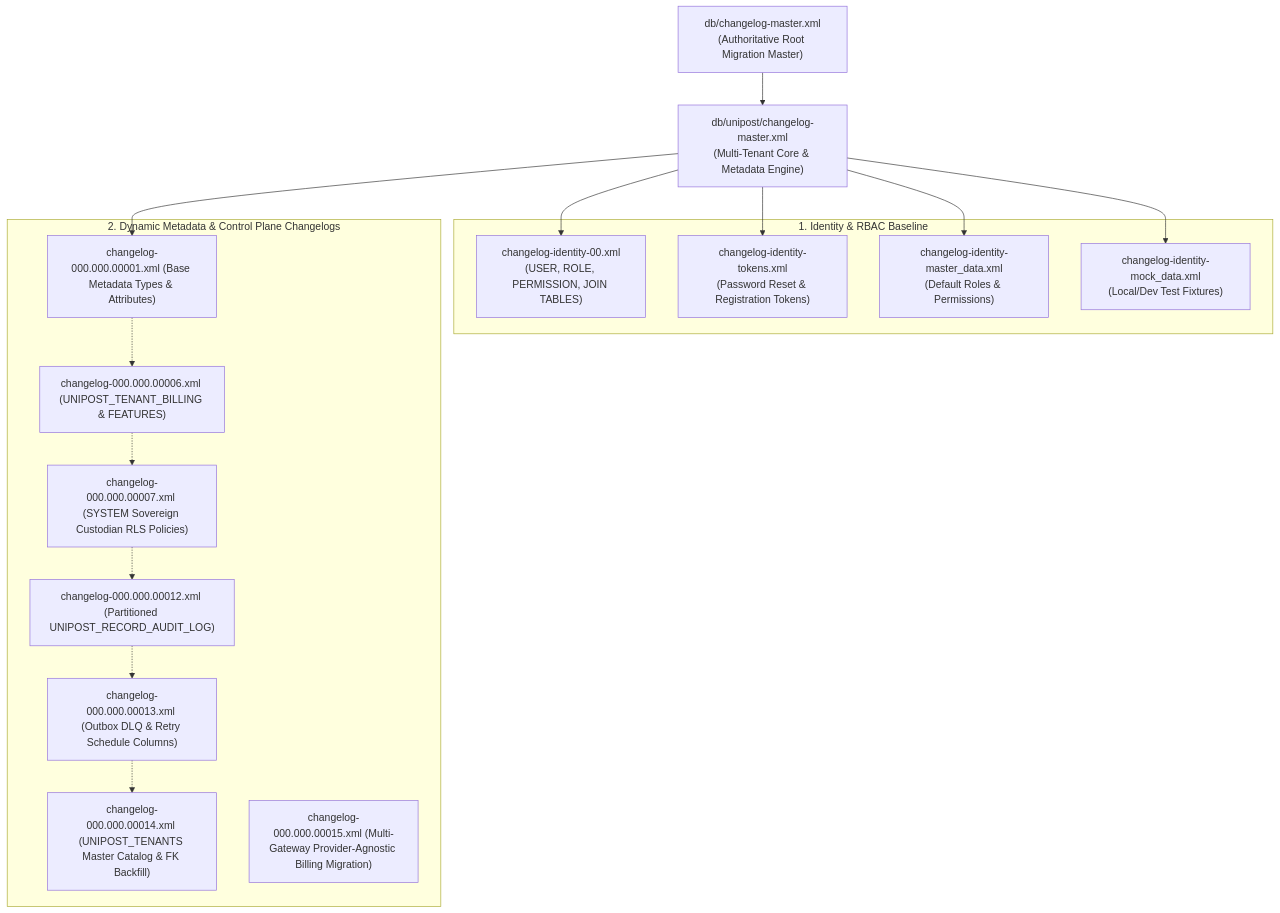
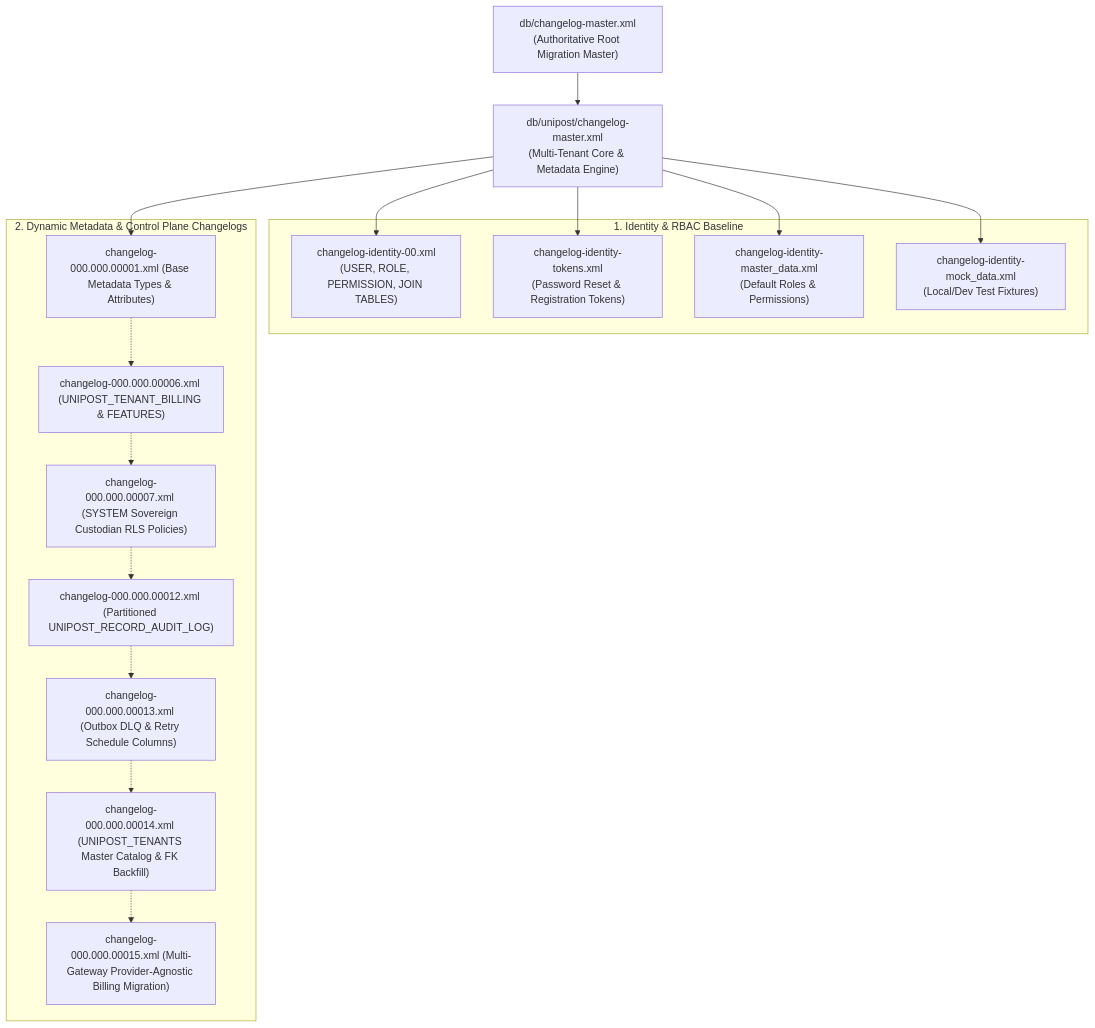
The eighth of 8 diagrams in docs/master_database_schema_architecture.md (tamanle23/acc), drawn with Mermaid before and after one commit. The commit also changed other lines of this file, not shown here.

First line of the commit message:
docs(persistence): refine markdown structural hierarchy in master database architecture

````diff
--- a/docs/master_database_schema_architecture.md
+++ b/docs/master_database_schema_architecture.md
@@ -831,34 +833,35 @@
 ```mermaid
 graph TD
     Master["db/changelog-master.xml\n(Authoritative Root Migration Master)"]
     UnipostMaster["db/unipost/changelog-master.xml\n(Multi-Tenant Core & Metadata Engine)"]
 
     subgraph IdentityBaseline ["1. Identity & RBAC Baseline"]
         ID00["changelog-identity-00.xml\n(USER, ROLE, PERMISSION, JOIN TABLES)"]
         IDTokens["changelog-identity-tokens.xml\n(Password Reset & Registration Tokens)"]
         IDMaster["changelog-identity-master_data.xml\n(Default Roles & Permissions)"]
         IDMock["changelog-identity-mock_data.xml\n(Local/Dev Test Fixtures)"]
     end
 
     subgraph CoreIncremental ["2. Dynamic Metadata & Control Plane Changelogs"]
         C01["changelog-000.000.00001.xml (Base Metadata Types & Attributes)"]
         C06["changelog-000.000.00006.xml (UNIPOST_TENANT_BILLING & FEATURES)"]
         C07["changelog-000.000.00007.xml (SYSTEM Sovereign Custodian RLS Policies)"]
         C12["changelog-000.000.00012.xml (Partitioned UNIPOST_RECORD_AUDIT_LOG)"]
         C13["changelog-000.000.00013.xml (Outbox DLQ & Retry Schedule Columns)"]
         C14["changelog-000.000.00014.xml (UNIPOST_TENANTS Master Catalog & FK Backfill)"]
         C15["changelog-000.000.00015.xml (Multi-Gateway Provider-Agnostic Billing Migration)"]
     end
 
     Master --> UnipostMaster
     UnipostMaster --> ID00
     UnipostMaster --> IDTokens
     UnipostMaster --> IDMaster
     UnipostMaster --> IDMock
     UnipostMaster --> C01
     C01 -.-> C06
     C06 -.-> C07
     C07 -.-> C12
     C12 -.-> C13
     C13 -.-> C14
+    C14 -.-> C15
 ```
````
